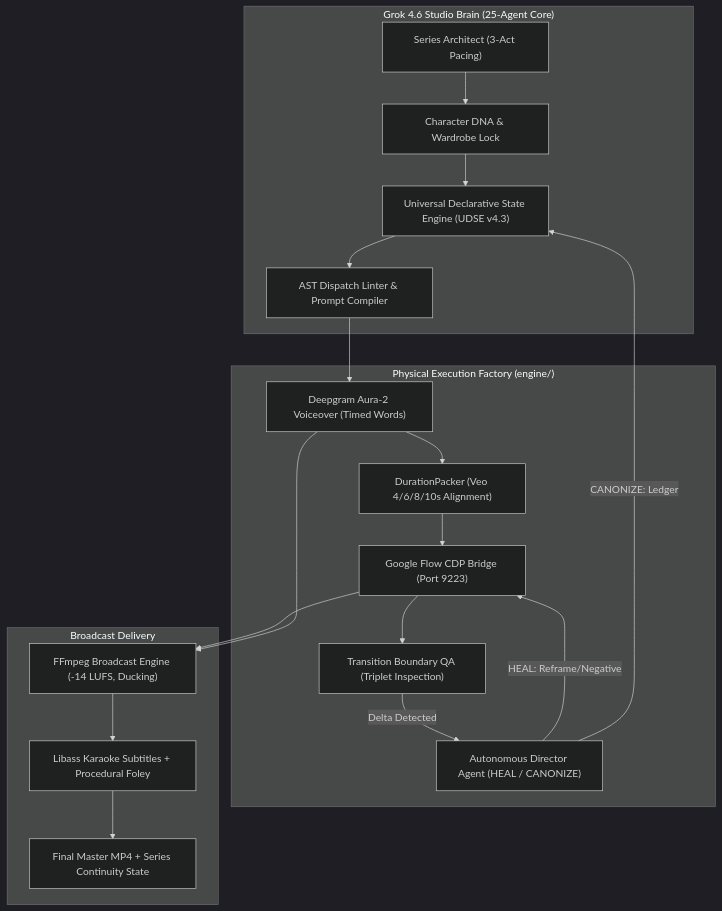
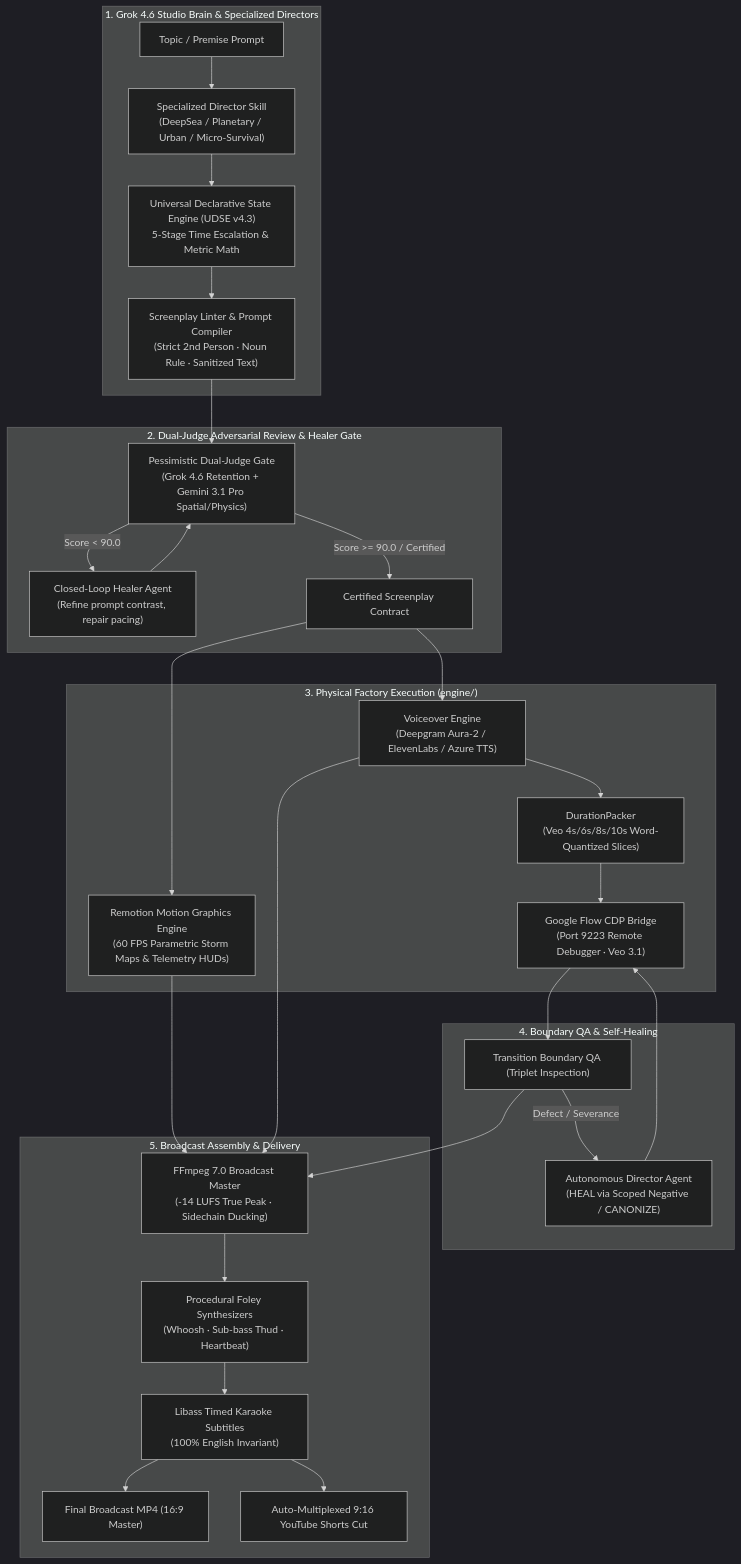
One commit to hyper-maker-app/youtube changed the diagram in README.md. Above: the diagram before and after it, drawn with Mermaid (dark theme). The commit also changed other lines of this file, not shown here.

Commit message:
docs: modernize and beautify README for v4.6 catastrophe and procedural survival engine

````diff
--- a/README.md
+++ b/README.md
@@ -17,25 +36,38 @@
 ```mermaid
 flowchart TD
-    subgraph Brain["Grok 4.6 Studio Brain (25-Agent Core)"]
-        A["Series Architect (3-Act Pacing)"] --> B["Character DNA & Wardrobe Lock"]
-        B --> C["Universal Declarative State Engine (UDSE v4.3)"]
-        C --> D["AST Dispatch Linter & Prompt Compiler"]
+    subgraph Brain["1. Grok 4.6 Studio Brain & Specialized Directors"]
+        A["Topic / Premise Prompt"] --> B["Specialized Director Skill\n(DeepSea / Planetary / Urban / Micro-Survival)"]
+        B --> C["Universal Declarative State Engine (UDSE v4.3)\n5-Stage Time Escalation & Metric Math"]
+        C --> D["Screenplay Linter & Prompt Compiler\n(Strict 2nd Person · Noun Rule · Sanitized Text)"]
     end
 
-    subgraph Factory["Physical Execution Factory (engine/)"]
-        D --> E["Deepgram Aura-2 Voiceover (Timed Words)"]
-        E --> F["DurationPacker (Veo 4/6/8/10s Alignment)"]
-        F --> G["Google Flow CDP Bridge (Port 9223)"]
-        G --> H["Transition Boundary QA (Triplet Inspection)"]
-        H -->|Delta Detected| I["Autonomous Director Agent (HEAL / CANONIZE)"]
-        I -->|HEAL: Reframe/Negative| G
-        I -->|CANONIZE: Ledger| C
+    subgraph DualJudge["2. Dual-Judge Adversarial Review & Healer Gate"]
+        D --> E["Pessimistic Dual-Judge Gate\n(Grok 4.6 Retention + Gemini 3.1 Pro Spatial/Physics)"]
+        E -->|Score < 90.0| F["Closed-Loop Healer Agent\n(Refine prompt contrast, repair pacing)"]
+        F --> E
+        E -->|Score >= 90.0 / Certified| G["Certified Screenplay Contract"]
     end
 
-    subgraph Assembly["Broadcast Delivery"]
-        G --> J["FFmpeg Broadcast Engine (-14 LUFS, Ducking)"]
-        E --> J
-        J --> K["Libass Karaoke Subtitles + Procedural Foley"]
-        K --> L["Final Master MP4 + Series Continuity State"]
+    subgraph ParallelFactory["3. Physical Factory Execution (engine/)"]
+        G --> H["Voiceover Engine\n(Deepgram Aura-2 / ElevenLabs / Azure TTS)"]
+        H --> I["DurationPacker\n(Veo 4s/6s/8s/10s Word-Quantized Slices)"]
+        I --> J["Google Flow CDP Bridge\n(Port 9223 Remote Debugger · Veo 3.1)"]
+        G --> K["Remotion Motion Graphics Engine\n(60 FPS Parametric Storm Maps & Telemetry HUDs)"]
+    end
+
+    subgraph QA["4. Boundary QA & Self-Healing"]
+        J --> L["Transition Boundary QA (Triplet Inspection)"]
+        L -->|Defect / Severance| M["Autonomous Director Agent\n(HEAL via Scoped Negative / CANONIZE)"]
+        M --> J
+    end
+
+    subgraph Assembly["5. Broadcast Assembly & Delivery"]
+        L --> N["FFmpeg 7.0 Broadcast Master\n(-14 LUFS True Peak · Sidechain Ducking)"]
+        K --> N
+        H --> N
+        N --> O["Procedural Foley Synthesizers\n(Whoosh · Sub-bass Thud · Heartbeat)"]
+        O --> P["Libass Timed Karaoke Subtitles\n(100% English Invariant)"]
+        P --> Q["Final Broadcast MP4 (16:9 Master)"]
+        P --> R["Auto-Multiplexed 9:16 YouTube Shorts Cut"]
     end
 ```
````
